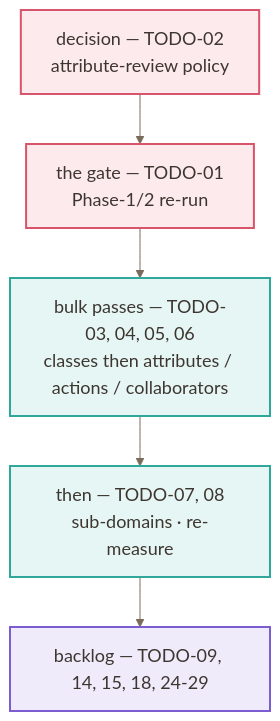
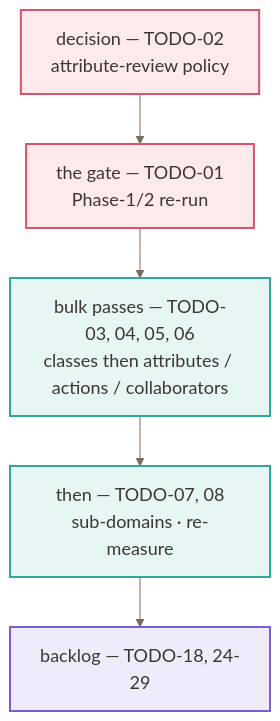
The second of 2 diagrams in TODO.md (joerg-rade/domox), drawn with Mermaid before and after one commit. The commit also changed other lines of this file and 60 other files, not shown here.

Commit message:
fix TODO-15: Schema / DDL

````diff
--- a/TODO.md
+++ b/TODO.md
@@ -373,19 +380,19 @@
 ```mermaid
 %%{init: {'theme':'base','themeVariables':{'fontSize':'18px','primaryColor':'#FFF4E5','primaryTextColor':'#3D3630','primaryBorderColor':'#E8A33D','lineColor':'#7A6A5A','secondaryColor':'#E8F1FD','tertiaryColor':'#F0EBFB','clusterBkg':'#FBF7F1','clusterBorder':'#E0D3C0','background':'#FFFFFF'}}}%%
 %% C4 level 2 (container) — the ordering of the remaining work: a decision, the gate, then the bulk
 %% passes.  Deliberately ONE column: a wide diagram is shrunk to unreadable in a narrow viewer, and
 %% every node carries an explicit classDef (an UNSTYLED box renders dark-on-dark in the IntelliJ
 %% Cline plugin, whatever the init theme says).  See docs/formatting/readability-guide.md.
 flowchart TD
     classDef gate fill:#FDEAEC,stroke:#D9536B,stroke-width:2px,color:#3D3630
     classDef bulk fill:#E6F6F4,stroke:#2FA79B,stroke-width:2px,color:#3D3630
     classDef later fill:#F0EBFB,stroke:#7C5CD1,stroke-width:2px,color:#3D3630
 
     B["decision — TODO-02<br/>attribute-review policy"]:::gate
     C["the gate — TODO-01<br/>Phase-1/2 re-run"]:::gate
     D["bulk passes — TODO-03, 04, 05, 06<br/>classes then attributes / actions / collaborators"]:::bulk
     E["then — TODO-07, 08<br/>sub-domains · re-measure"]:::bulk
-    F["backlog — TODO-09, 14, 15, 18, 24-29"]:::later
+    F["backlog — TODO-18, 24-29"]:::later
 
     B --> C --> D --> E --> F
 ```
````
